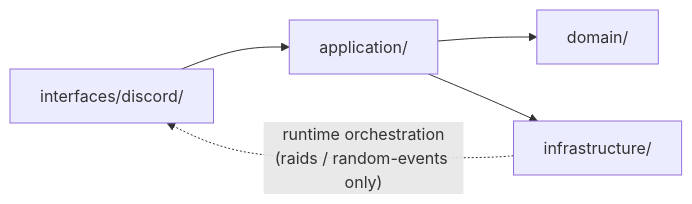
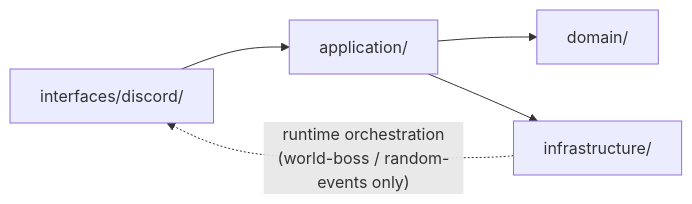
One commit to tero-laanti/rolly-bot changed the third of 3 diagrams in docs/architecture.md. Above: the diagram before and after it, drawn with Mermaid. The commit also changed other lines of this file and 43 other files, not shown here.

Commit message:
Rename raids to world-boss and migrate legacy stats

````diff
--- a/docs/architecture.md
+++ b/docs/architecture.md
@@ -83,7 +83,7 @@
 ```mermaid
 flowchart LR
     X["interfaces/discord/"] --> A["application/"]
     A --> D["domain/"]
     A --> I["infrastructure/"]
-    I -. "runtime orchestration<br/>(raids / random-events only)" .-> X
+    I -. "runtime orchestration<br/>(world-boss / random-events only)" .-> X
 ```
````
